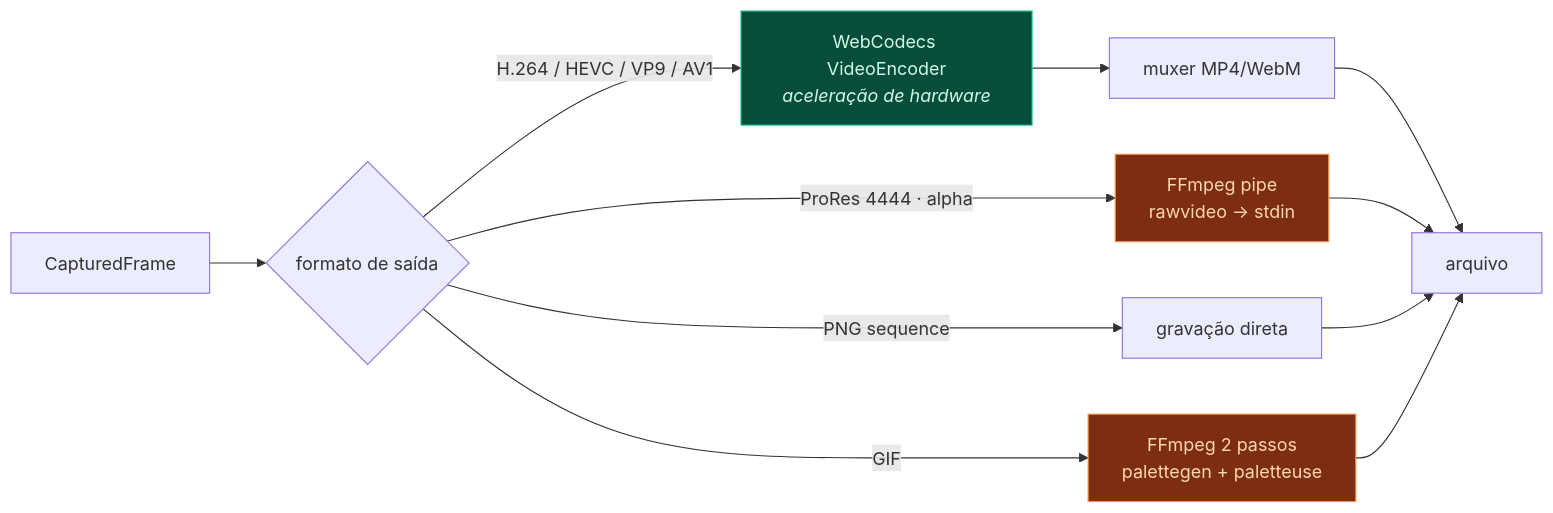
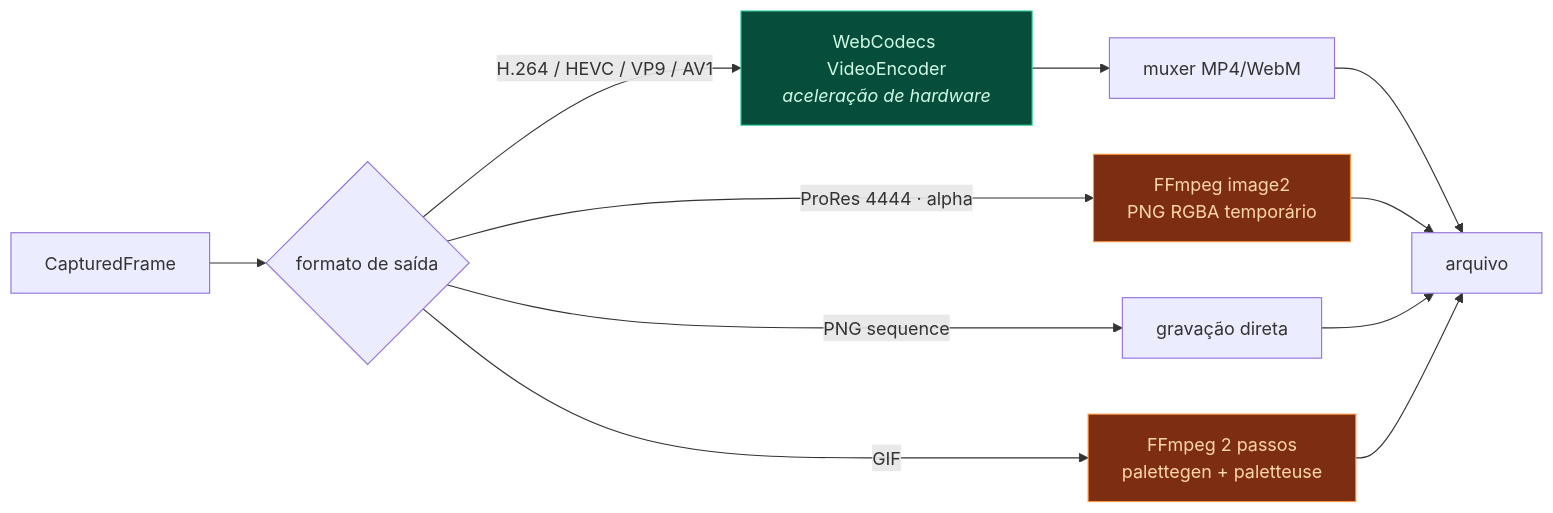
Before and after one commit to Syfer2025/mapli-ve: the third of 3 diagrams in docs/06-RENDER-PIPELINE.md, drawn with Mermaid. The commit also changed other lines of this file and 50 other files, not shown here.

````diff
--- a/docs/06-RENDER-PIPELINE.md
+++ b/docs/06-RENDER-PIPELINE.md
@@ -359,19 +359,19 @@
 ```mermaid
 flowchart LR
     CAP["CapturedFrame"] --> SW{"formato de saída"}
     SW -->|"H.264 / HEVC / VP9 / AV1"| WC["WebCodecs VideoEncoder<br/><i>aceleração de hardware</i>"]
-    SW -->|"ProRes 4444 · alpha"| FF["FFmpeg pipe<br/>rawvideo → stdin"]
+    SW -->|"ProRes 4444 · alpha"| FF["FFmpeg image2<br/>PNG RGBA temporário"]
     SW -->|"PNG sequence"| PNG["gravação direta"]
     SW -->|"GIF"| GIF["FFmpeg 2 passos<br/>palettegen + paletteuse"]
 
     WC --> MUX["muxer MP4/WebM"]
     MUX --> OUT["arquivo"]
     FF --> OUT
     PNG --> OUT
     GIF --> OUT
 
     classDef hw fill:#064e3b,stroke:#34d399,color:#d1fae5
     classDef sw fill:#7c2d12,stroke:#fb923c,color:#fed7aa
     class WC hw
     class FF,GIF sw
 ```
````
